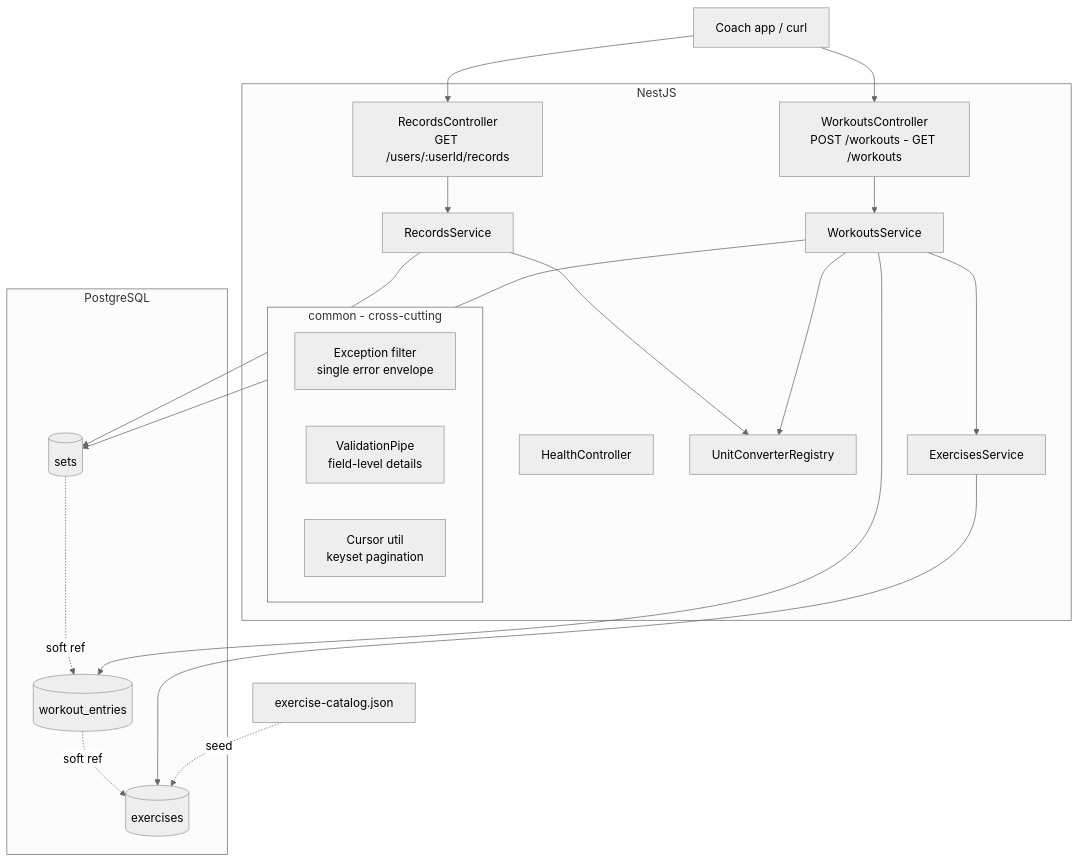
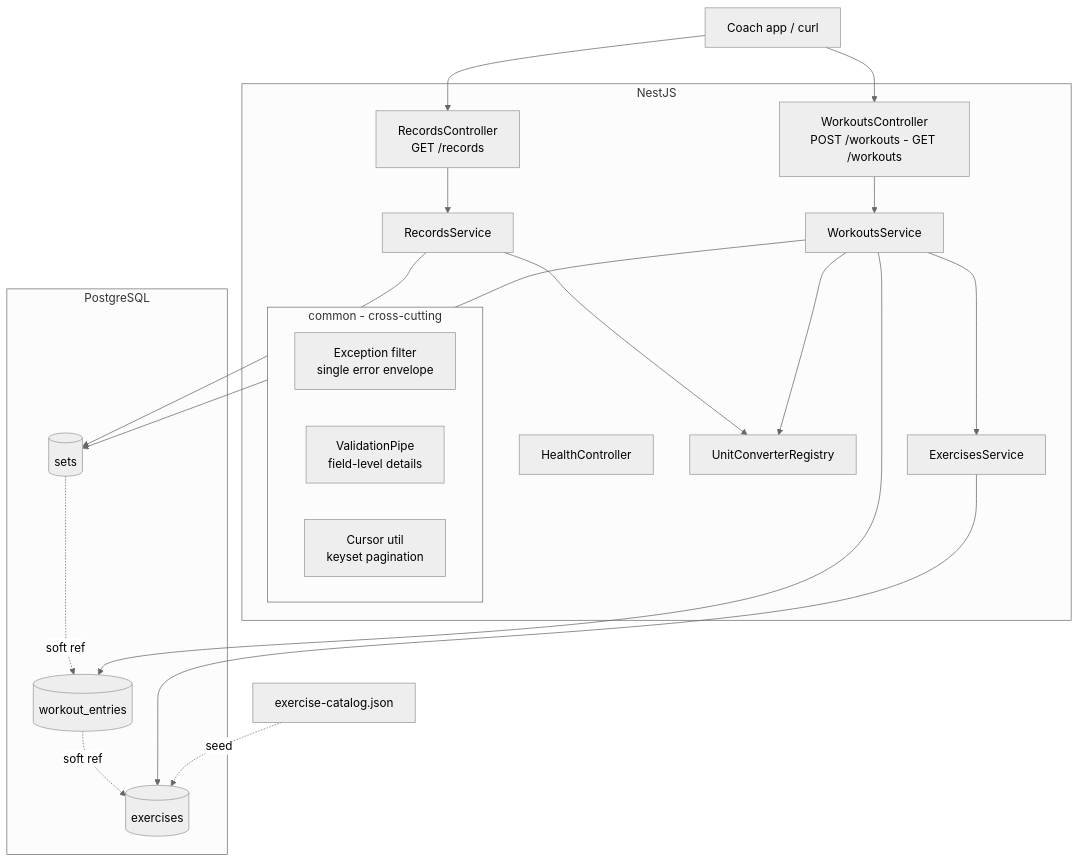
Before and after one commit to tuanhah/everfit-assignment: the diagram in README.md, drawn with Mermaid (neutral theme). The commit also changed other lines of this file and 5 other files, not shown here.

First line of the commit message:
refactor: move records to /records with userId as query param

````diff
--- a/README.md
+++ b/README.md
@@ -51,34 +51,34 @@
 ```mermaid
 flowchart TB
     Client[Coach app / curl]
 
     subgraph NestJS
         subgraph common[common - cross-cutting]
             EF[Exception filter<br/>single error envelope]
             VP[ValidationPipe<br/>field-level details]
             CU[Cursor util<br/>keyset pagination]
         end
         WC[WorkoutsController<br/>POST /workouts - GET /workouts]
-        RC[RecordsController<br/>GET /users/:userId/records]
+        RC[RecordsController<br/>GET /records]
         HC[HealthController]
         WS[WorkoutsService] --> UR[UnitConverterRegistry]
         RS[RecordsService] --> UR
         WS --> ES[ExercisesService]
     end
 
     subgraph PostgreSQL
         T1[(exercises)]
         T2[(workout_entries)]
         T3[(sets)]
     end
 
     CFG[exercise-catalog.json] -. seed .-> T1
     Client --> WC & RC
     WC --> WS
     RC --> RS
     WS --> T2 & T3
     RS --> T3
     ES --> T1
     T2 -. soft ref .-> T1
     T3 -. soft ref .-> T2
 ```
````
